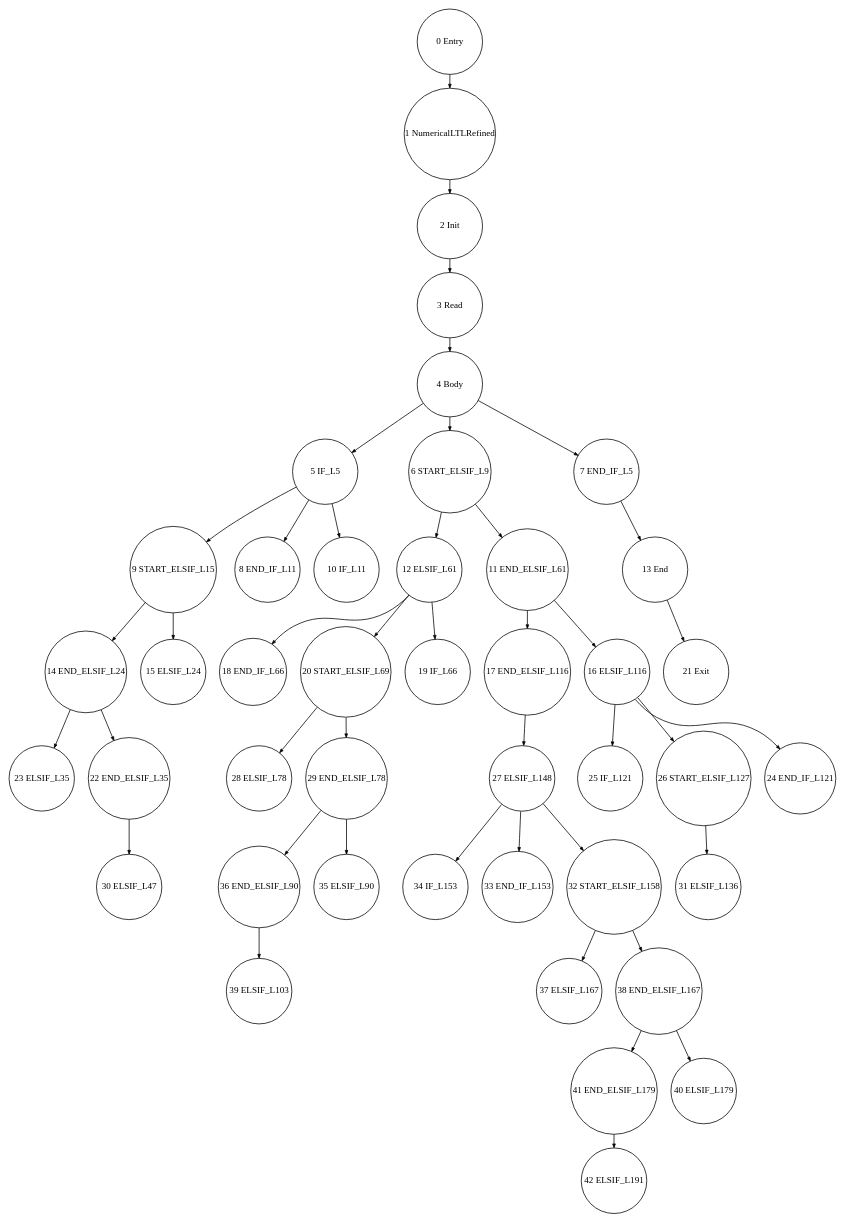
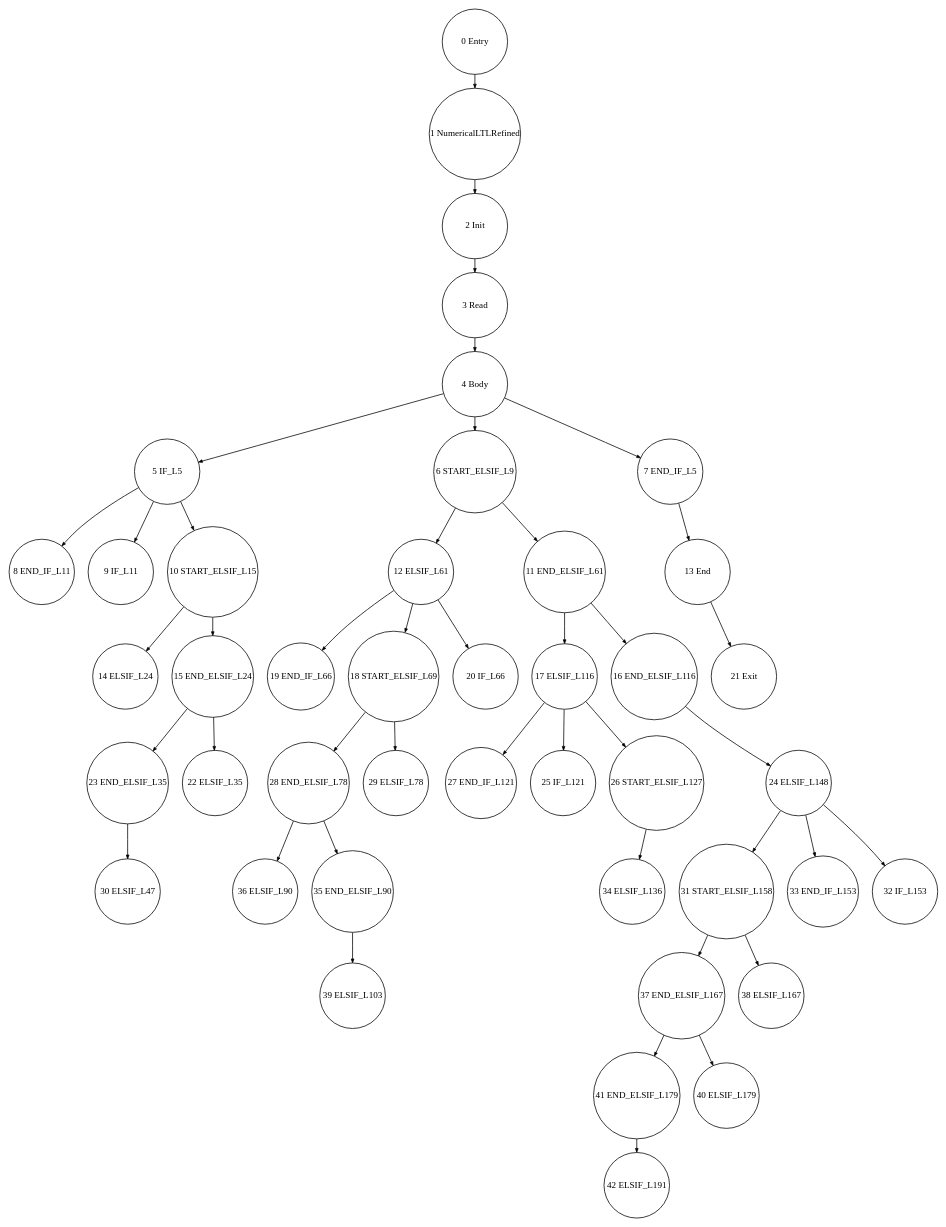
Before and after one commit to Geoffrey1014/ST_DSE: the diagram in tests_programs/paper2_tests/03_NumericalLTLRefined_output/Graph_03_NumericalLTLRefined_DomTree_0.dot, drawn with Graphviz. The commit also changed 60 other files, not shown here.

```diff
--- a/tests_programs/paper2_tests/03_NumericalLTLRefined_output/Graph_03_NumericalLTLRefined_DomTree_0.dot
+++ b/tests_programs/paper2_tests/03_NumericalLTLRefined_output/Graph_03_NumericalLTLRefined_DomTree_0.dot
@@ -1,49 +1,49 @@
 digraph G {
   ranksep=.25;
   edge [arrowsize=.5]
   node [shape=circle, fontname="ArialNarrow",
         fontsize=12,  height=1.2];
-  "23 ELSIF_L35"; "17 END_ELSIF_L116"; "9 START_ELSIF_L15"; "1 NumericalLTLRefined"; "16 ELSIF_L116"; "18 END_IF_L66"; "34 IF_L153"; "21 Exit"; "8 END_IF_L11"; "13 End"; "14 END_ELSIF_L24"; "36 END_ELSIF_L90"; "42 ELSIF_L191"; "37 ELSIF_L167"; "25 IF_L121"; "30 ELSIF_L47"; "5 IF_L5"; "6 START_ELSIF_L9"; "28 ELSIF_L78"; "12 ELSIF_L61"; "27 ELSIF_L148"; "41 END_ELSIF_L179"; "7 END_IF_L5"; "40 ELSIF_L179"; "33 END_IF_L153"; "10 IF_L11"; "38 END_ELSIF_L167"; "26 START_ELSIF_L127"; "32 START_ELSIF_L158"; "0 Entry"; "2 Init"; "31 ELSIF_L136"; "20 START_ELSIF_L69"; "39 ELSIF_L103"; "15 ELSIF_L24"; "4 Body"; "29 END_ELSIF_L78"; "3 Read"; "11 END_ELSIF_L61"; "24 END_IF_L121"; "35 ELSIF_L90"; "19 IF_L66"; "22 END_ELSIF_L35"; 
-  "26 START_ELSIF_L127" -> "31 ELSIF_L136";
-  "14 END_ELSIF_L24" -> "22 END_ELSIF_L35";
-  "14 END_ELSIF_L24" -> "23 ELSIF_L35";
+  "27 END_IF_L121"; "1 NumericalLTLRefined"; "24 ELSIF_L148"; "21 Exit"; "8 END_IF_L11"; "13 End"; "36 ELSIF_L90"; "42 ELSIF_L191"; "28 END_ELSIF_L78"; "25 IF_L121"; "30 ELSIF_L47"; "5 IF_L5"; "6 START_ELSIF_L9"; "37 END_ELSIF_L167"; "19 END_IF_L66"; "12 ELSIF_L61"; "23 END_ELSIF_L35"; "9 IF_L11"; "41 END_ELSIF_L179"; "7 END_IF_L5"; "31 START_ELSIF_L158"; "14 ELSIF_L24"; "40 ELSIF_L179"; "33 END_IF_L153"; "26 START_ELSIF_L127"; "34 ELSIF_L136"; "0 Entry"; "35 END_ELSIF_L90"; "2 Init"; "29 ELSIF_L78"; "22 ELSIF_L35"; "39 ELSIF_L103"; "4 Body"; "17 ELSIF_L116"; "16 END_ELSIF_L116"; "3 Read"; "11 END_ELSIF_L61"; "15 END_ELSIF_L24"; "38 ELSIF_L167"; "10 START_ELSIF_L15"; "32 IF_L153"; "18 START_ELSIF_L69"; "20 IF_L66"; 
+  "26 START_ELSIF_L127" -> "34 ELSIF_L136";
+  "15 END_ELSIF_L24" -> "22 ELSIF_L35";
+  "15 END_ELSIF_L24" -> "23 END_ELSIF_L35";
   "3 Read" -> "4 Body";
+  "2 Init" -> "3 Read";
   "0 Entry" -> "1 NumericalLTLRefined";
-  "2 Init" -> "3 Read";
-  "20 START_ELSIF_L69" -> "28 ELSIF_L78";
-  "20 START_ELSIF_L69" -> "29 END_ELSIF_L78";
+  "18 START_ELSIF_L69" -> "28 END_ELSIF_L78";
+  "18 START_ELSIF_L69" -> "29 ELSIF_L78";
+  "11 END_ELSIF_L61" -> "16 END_ELSIF_L116";
+  "11 END_ELSIF_L61" -> "17 ELSIF_L116";
+  "37 END_ELSIF_L167" -> "40 ELSIF_L179";
+  "37 END_ELSIF_L167" -> "41 END_ELSIF_L179";
   "1 NumericalLTLRefined" -> "2 Init";
-  "38 END_ELSIF_L167" -> "40 ELSIF_L179";
-  "38 END_ELSIF_L167" -> "41 END_ELSIF_L179";
-  "11 END_ELSIF_L61" -> "16 ELSIF_L116";
-  "11 END_ELSIF_L61" -> "17 END_ELSIF_L116";
   "4 Body" -> "5 IF_L5";
   "4 Body" -> "6 START_ELSIF_L9";
   "4 Body" -> "7 END_IF_L5";
-  "27 ELSIF_L148" -> "32 START_ELSIF_L158";
-  "27 ELSIF_L148" -> "33 END_IF_L153";
-  "27 ELSIF_L148" -> "34 IF_L153";
-  "29 END_ELSIF_L78" -> "35 ELSIF_L90";
-  "29 END_ELSIF_L78" -> "36 END_ELSIF_L90";
-  "32 START_ELSIF_L158" -> "37 ELSIF_L167";
-  "32 START_ELSIF_L158" -> "38 END_ELSIF_L167";
-  "22 END_ELSIF_L35" -> "30 ELSIF_L47";
+  "24 ELSIF_L148" -> "31 START_ELSIF_L158";
+  "24 ELSIF_L148" -> "32 IF_L153";
+  "24 ELSIF_L148" -> "33 END_IF_L153";
+  "28 END_ELSIF_L78" -> "35 END_ELSIF_L90";
+  "28 END_ELSIF_L78" -> "36 ELSIF_L90";
+  "31 START_ELSIF_L158" -> "37 END_ELSIF_L167";
+  "31 START_ELSIF_L158" -> "38 ELSIF_L167";
   "5 IF_L5" -> "8 END_IF_L11";
-  "5 IF_L5" -> "9 START_ELSIF_L15";
-  "5 IF_L5" -> "10 IF_L11";
+  "5 IF_L5" -> "9 IF_L11";
+  "5 IF_L5" -> "10 START_ELSIF_L15";
+  "23 END_ELSIF_L35" -> "30 ELSIF_L47";
   "7 END_IF_L5" -> "13 End";
+  "35 END_ELSIF_L90" -> "39 ELSIF_L103";
+  "16 END_ELSIF_L116" -> "24 ELSIF_L148";
   "6 START_ELSIF_L9" -> "11 END_ELSIF_L61";
   "6 START_ELSIF_L9" -> "12 ELSIF_L61";
-  "17 END_ELSIF_L116" -> "27 ELSIF_L148";
-  "36 END_ELSIF_L90" -> "39 ELSIF_L103";
-  "9 START_ELSIF_L15" -> "14 END_ELSIF_L24";
-  "9 START_ELSIF_L15" -> "15 ELSIF_L24";
-  "16 ELSIF_L116" -> "24 END_IF_L121";
-  "16 ELSIF_L116" -> "25 IF_L121";
-  "16 ELSIF_L116" -> "26 START_ELSIF_L127";
+  "10 START_ELSIF_L15" -> "14 ELSIF_L24";
+  "10 START_ELSIF_L15" -> "15 END_ELSIF_L24";
+  "17 ELSIF_L116" -> "25 IF_L121";
+  "17 ELSIF_L116" -> "26 START_ELSIF_L127";
+  "17 ELSIF_L116" -> "27 END_IF_L121";
   "41 END_ELSIF_L179" -> "42 ELSIF_L191";
-  "12 ELSIF_L61" -> "18 END_IF_L66";
-  "12 ELSIF_L61" -> "19 IF_L66";
-  "12 ELSIF_L61" -> "20 START_ELSIF_L69";
+  "12 ELSIF_L61" -> "18 START_ELSIF_L69";
+  "12 ELSIF_L61" -> "19 END_IF_L66";
+  "12 ELSIF_L61" -> "20 IF_L66";
   "13 End" -> "21 Exit";
 }
```
